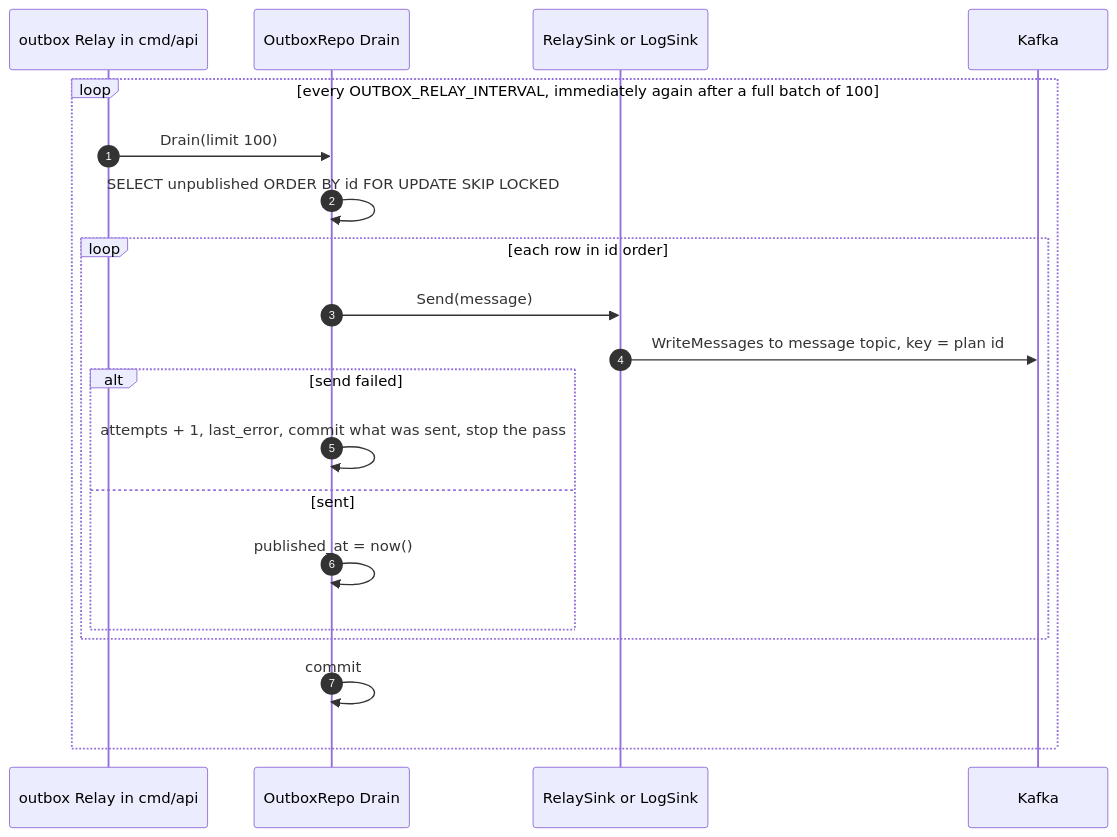
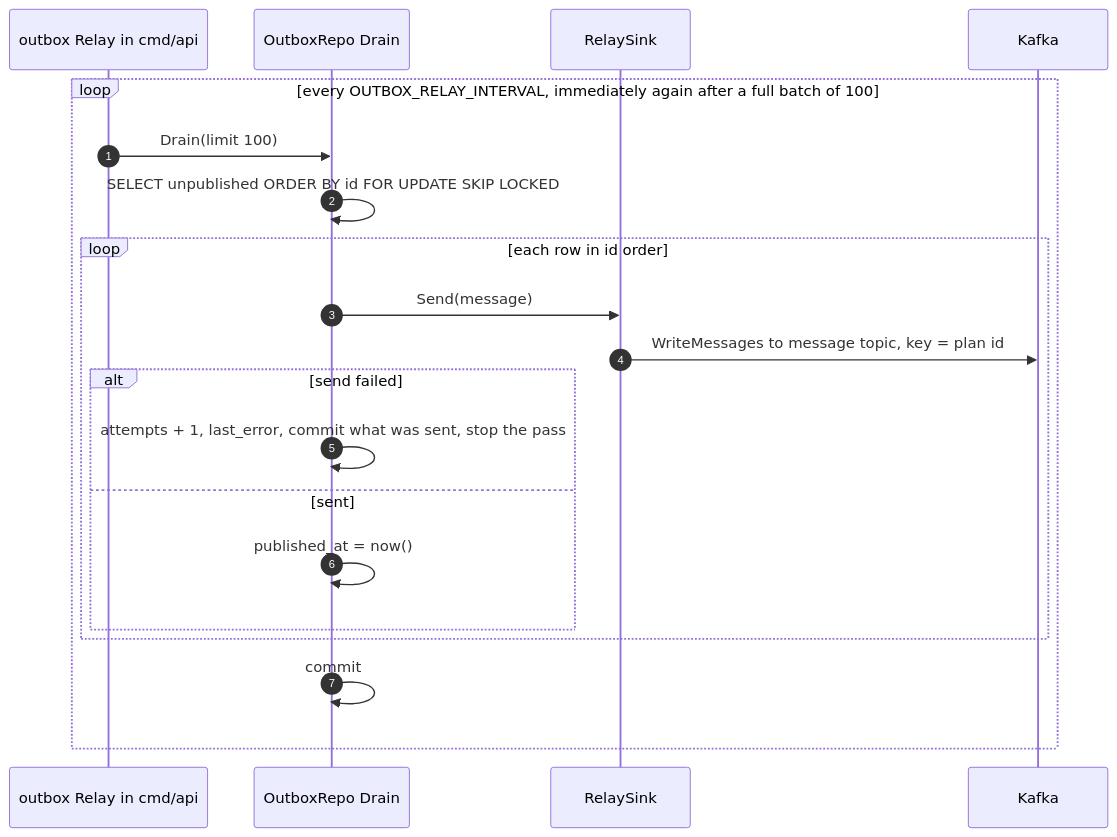
The eighth of 9 diagrams in docs/contexts/warehouse-planning/sequence-diagrams.md (IQVO/warehouse-docs), drawn with Mermaid before and after one commit. The commit also changed other lines of this file and 237 other files, not shown here.

````diff
--- a/docs/contexts/warehouse-planning/sequence-diagrams.md
+++ b/docs/contexts/warehouse-planning/sequence-diagrams.md
@@ -312,22 +312,22 @@
 ```mermaid
 sequenceDiagram
   autonumber
   participant Relay as outbox Relay in cmd/api
   participant DB as OutboxRepo Drain
-  participant Sink as RelaySink or LogSink
+  participant Sink as RelaySink
   participant K as Kafka
   loop every OUTBOX_RELAY_INTERVAL, immediately again after a full batch of 100
     Relay->>DB: Drain(limit 100)
     DB->>DB: SELECT unpublished ORDER BY id FOR UPDATE SKIP LOCKED
     loop each row in id order
       DB->>Sink: Send(message)
       Sink->>K: WriteMessages to message topic, key = plan id
       alt send failed
         DB->>DB: attempts + 1, last_error, commit what was sent, stop the pass
       else sent
         DB->>DB: published_at = now()
       end
     end
     DB->>DB: commit
   end
 ```
````
